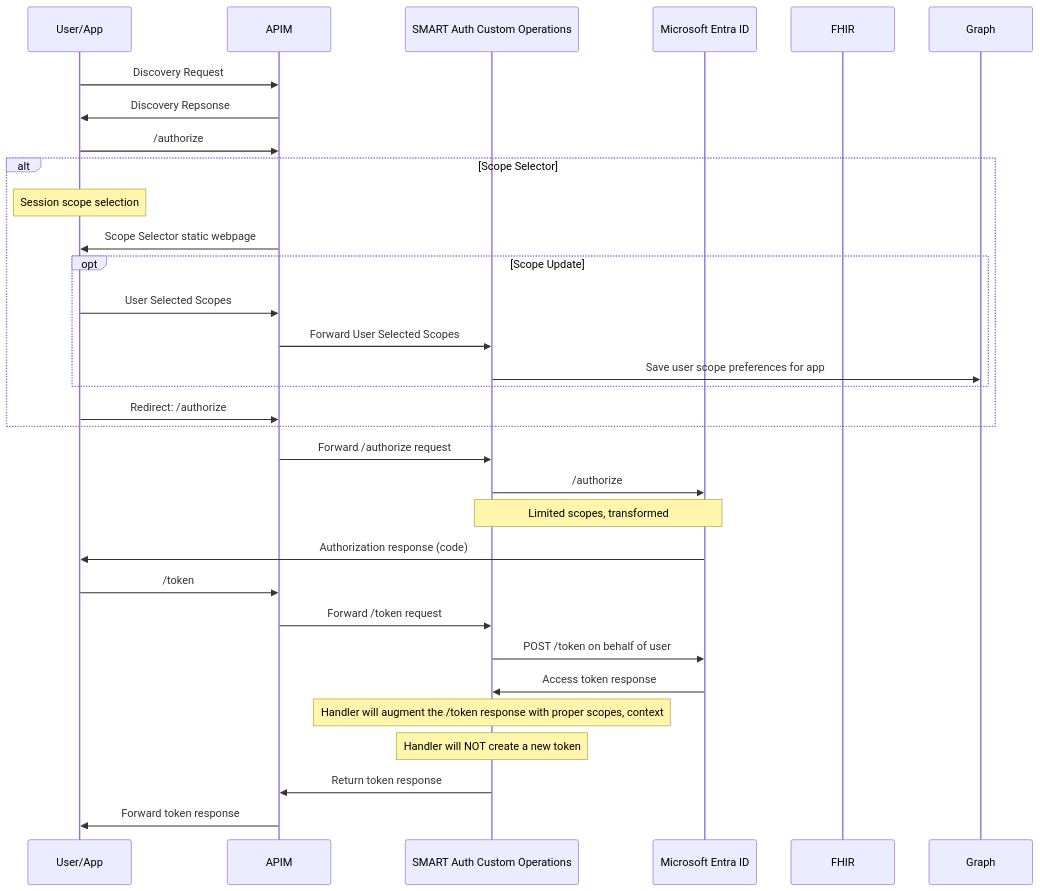
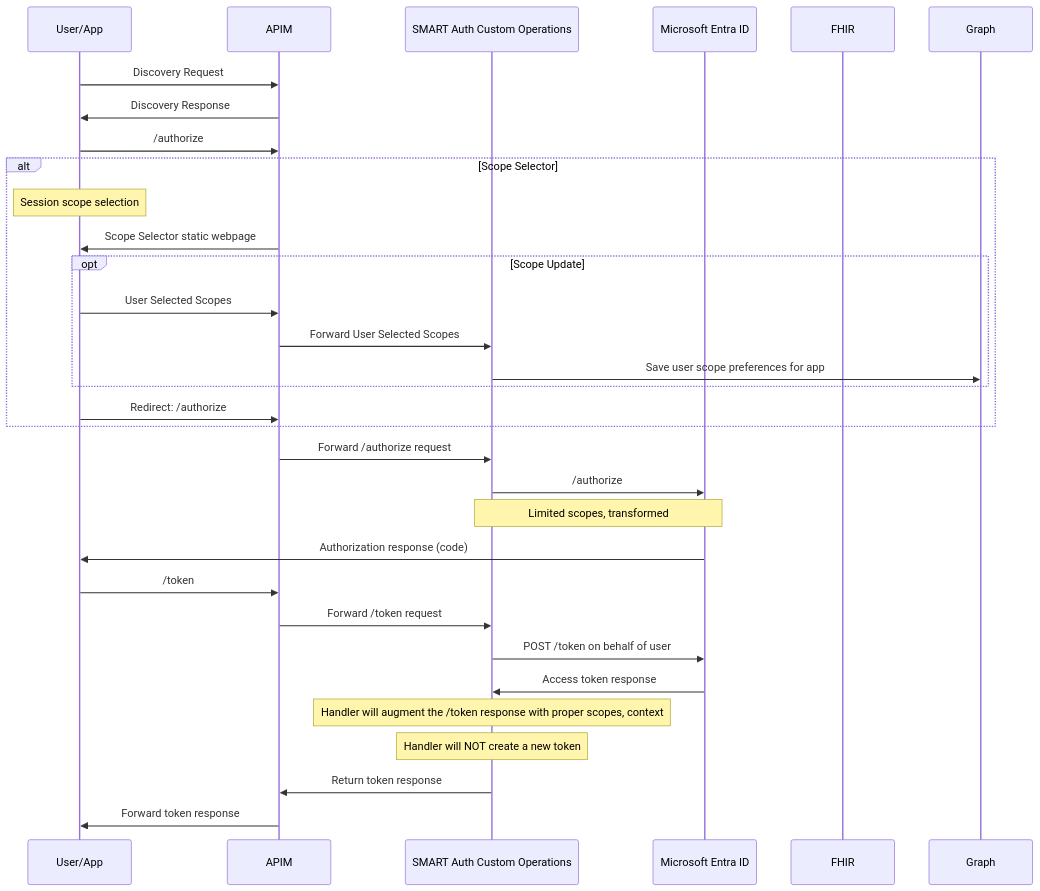
The third of 4 diagrams in samples/patientandpopulationservices-smartonfhir-oncg10/docs/technical-guide.md (Azure-Samples/azure-health-data-and-ai-samples), drawn with Mermaid before and after one commit. The commit also changed other lines of this file and 10 other files, not shown here.

````diff
--- a/samples/patientandpopulationservices-smartonfhir-oncg10/docs/technical-guide.md
+++ b/samples/patientandpopulationservices-smartonfhir-oncg10/docs/technical-guide.md
@@ -106,36 +106,36 @@
 ```mermaid
   sequenceDiagram
     participant User/App
     participant APIM
     participant SMART Auth Custom Operations
     participant Microsoft Entra ID
     participant FHIR
     participant Graph
     User/App ->> APIM: Discovery Request
-    APIM ->> User/App: Discovery Repsonse
+    APIM ->> User/App: Discovery Response
     User/App ->> APIM: /authorize
     alt Scope Selector
         note over User/App: Session scope selection
         APIM ->> User/App: Scope Selector static webpage
         opt Scope Update
             User/App ->> APIM: User Selected Scopes
             APIM ->> SMART Auth Custom Operations:  Forward User Selected Scopes
             SMART Auth Custom Operations ->> Graph: Save user scope preferences for app
         end
         
         User/App ->> APIM: Redirect: /authorize        
     end
 
     APIM ->> SMART Auth Custom Operations: Forward /authorize request    
     SMART Auth Custom Operations ->> Microsoft Entra ID: /authorize
     note over SMART Auth Custom Operations, Microsoft Entra ID: Limited scopes, transformed
     Microsoft Entra ID ->> User/App: Authorization response (code)
     User/App ->> APIM: /token
     APIM ->> SMART Auth Custom Operations: Forward /token request
     SMART Auth Custom Operations ->> Microsoft Entra ID: POST /token on behalf of user
     Microsoft Entra ID ->> SMART Auth Custom Operations: Access token response
     note over SMART Auth Custom Operations: Handler will augment the /token response with proper scopes, context
     note over SMART Auth Custom Operations: Handler will NOT create a new token
     SMART Auth Custom Operations ->> APIM: Return token response
     APIM ->> User/App: Forward token response
 ```
````
